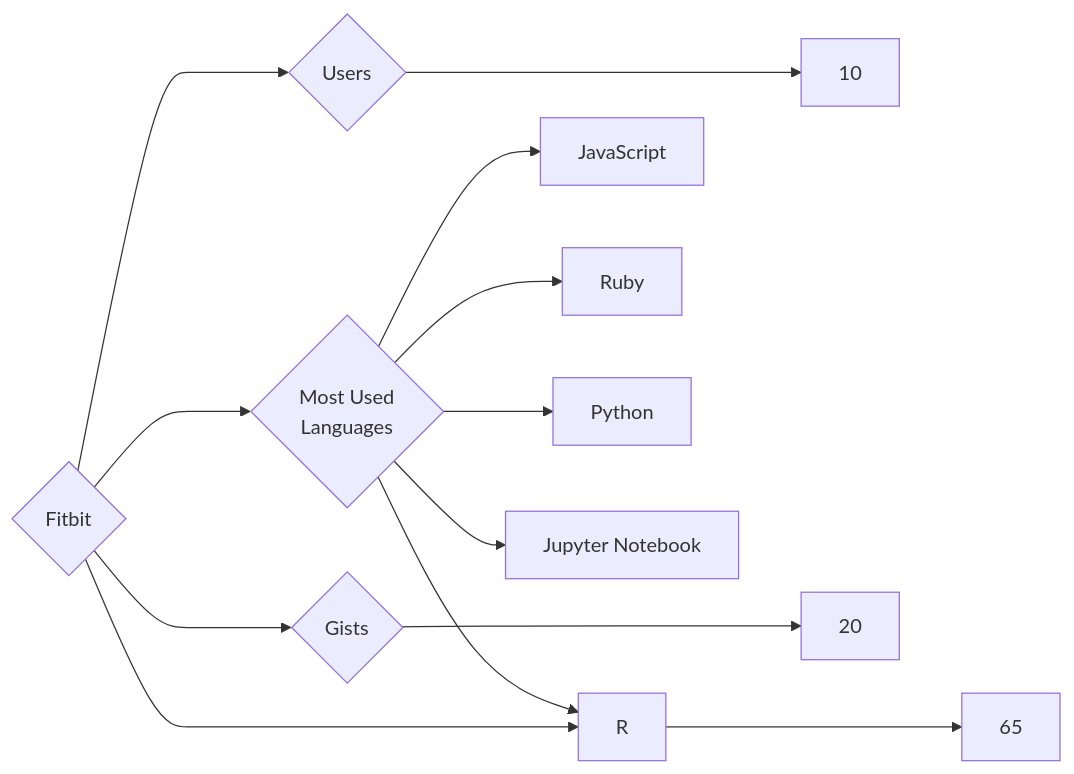
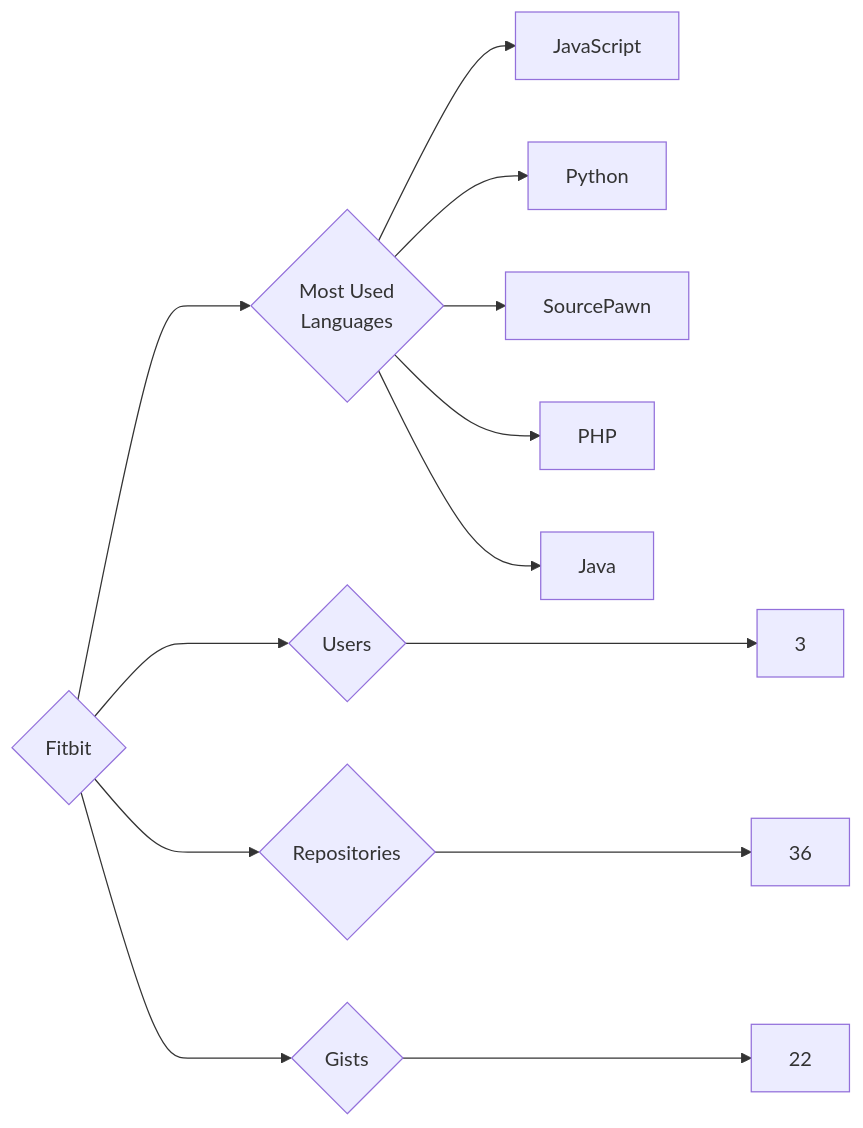
The diagram in targets/Fitbit/README.md (trickest/insiders), drawn with Mermaid before and after one commit. The commit also changed 840 other files, not shown here.

````diff
--- a/targets/Fitbit/README.md
+++ b/targets/Fitbit/README.md
@@ -3,13 +3,13 @@
 ```mermaid
 graph LR
 COMPANY_NAME{Fitbit}
-COMPANY_NAME ---> U{Users} ---> UN[10]
-COMPANY_NAME ---> R{Repositories} ---> RN[65]
-COMPANY_NAME ---> G{Gists} ---> GN[20]
+COMPANY_NAME ---> U{Users} ---> UN[3]
+COMPANY_NAME ---> R{Repositories} ---> RN[36]
+COMPANY_NAME ---> G{Gists} ---> GN[22]
 COMPANY_NAME ---> ML{Most Used<br>Languages}
 ML --> JavaScript[JavaScript]
-ML --> Ruby[Ruby]
 ML --> Python[Python]
-ML --> Jupyter_Notebook[Jupyter Notebook]
-ML --> R[R]
+ML --> SourcePawn[SourcePawn]
+ML --> PHP[PHP]
+ML --> Java[Java]
 ```
````
